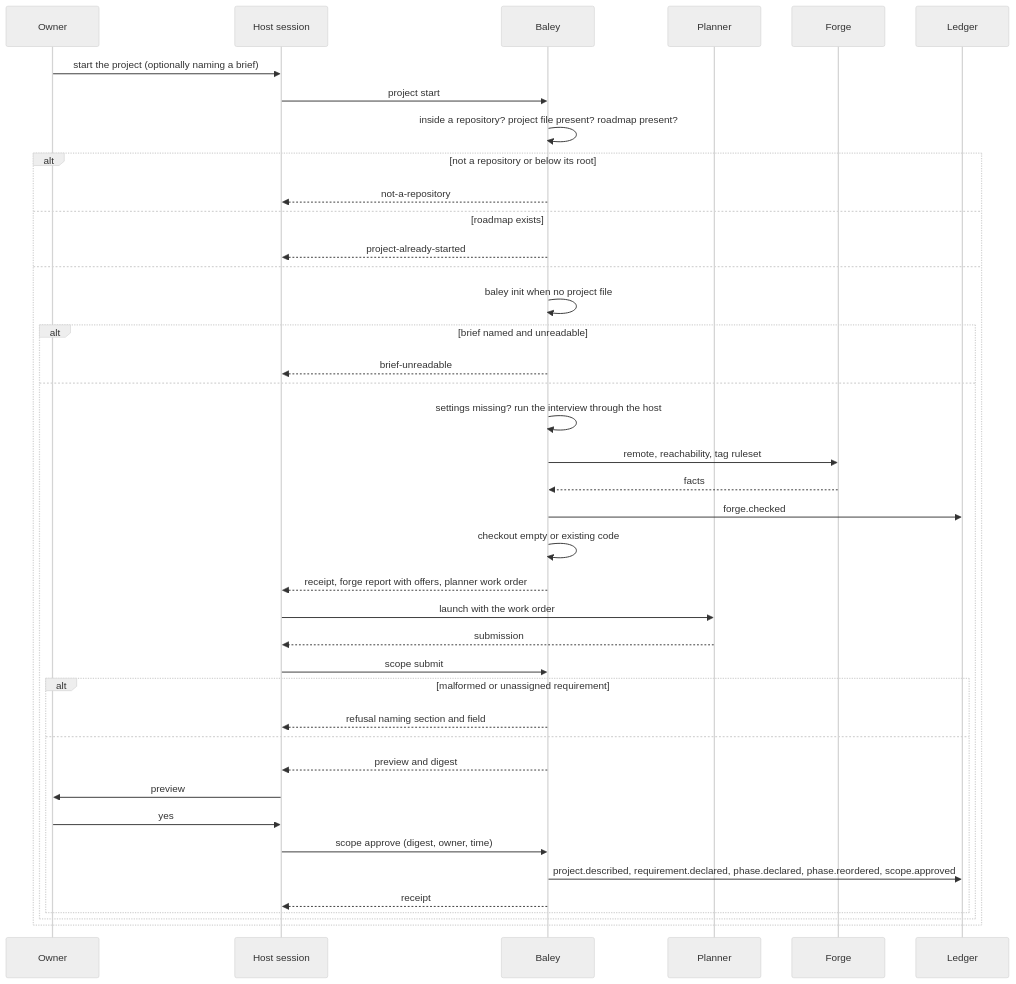
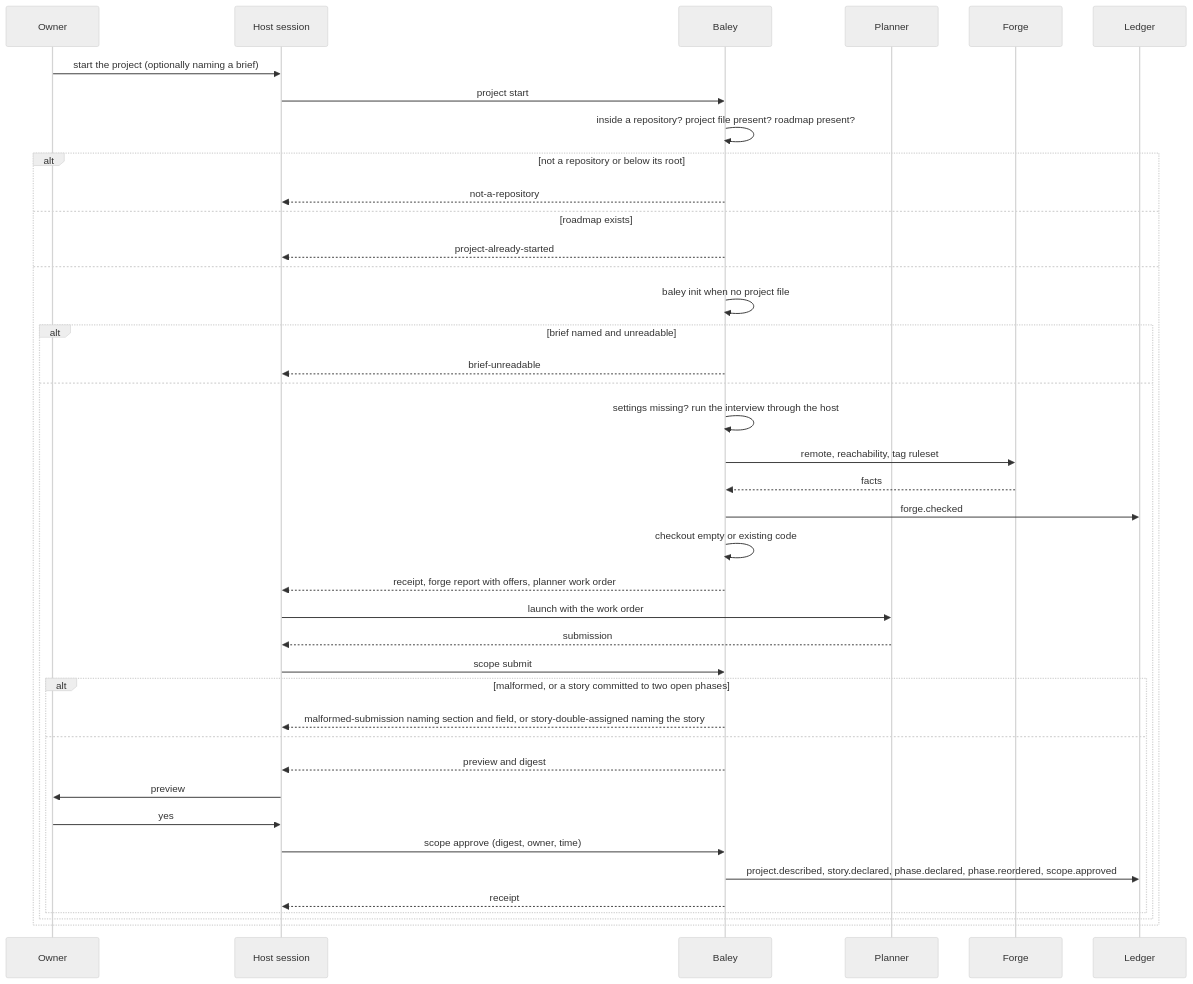
One commit to crenshawdev/baley changed the fourth of 5 diagrams in docs/design/0004-starting-a-project-and-changing-scope.md. Above: the diagram before and after it, drawn with Mermaid (neutral theme). The commit also changed other lines of this file and 21 other files, not shown here.

````diff
--- a/docs/design/0004-starting-a-project-and-changing-scope.md
+++ b/docs/design/0004-starting-a-project-and-changing-scope.md
@@ -297,42 +297,42 @@
 ```mermaid
 sequenceDiagram
   participant O as Owner
   participant H as Host session
   participant B as Baley
   participant P as Planner
   participant F as Forge
   participant L as Ledger
   O->>H: start the project (optionally naming a brief)
   H->>B: project start
   B->>B: inside a repository? project file present? roadmap present?
   alt not a repository or below its root
     B-->>H: not-a-repository
   else roadmap exists
     B-->>H: project-already-started
   else
     B->>B: baley init when no project file
     alt brief named and unreadable
       B-->>H: brief-unreadable
     else
       B->>B: settings missing? run the interview through the host
       B->>F: remote, reachability, tag ruleset
       F-->>B: facts
       B->>L: forge.checked
       B->>B: checkout empty or existing code
       B-->>H: receipt, forge report with offers, planner work order
       H->>P: launch with the work order
       P-->>H: submission
       H->>B: scope submit
-      alt malformed or unassigned requirement
-        B-->>H: refusal naming section and field
+      alt malformed, or a story committed to two open phases
+        B-->>H: malformed-submission naming section and field, or story-double-assigned naming the story
       else
         B-->>H: preview and digest
         H->>O: preview
         O->>H: yes
         H->>B: scope approve (digest, owner, time)
-        B->>L: project.described, requirement.declared, phase.declared, phase.reordered, scope.approved
+        B->>L: project.described, story.declared, phase.declared, phase.reordered, scope.approved
         B-->>H: receipt
       end
     end
   end
 ```
````
